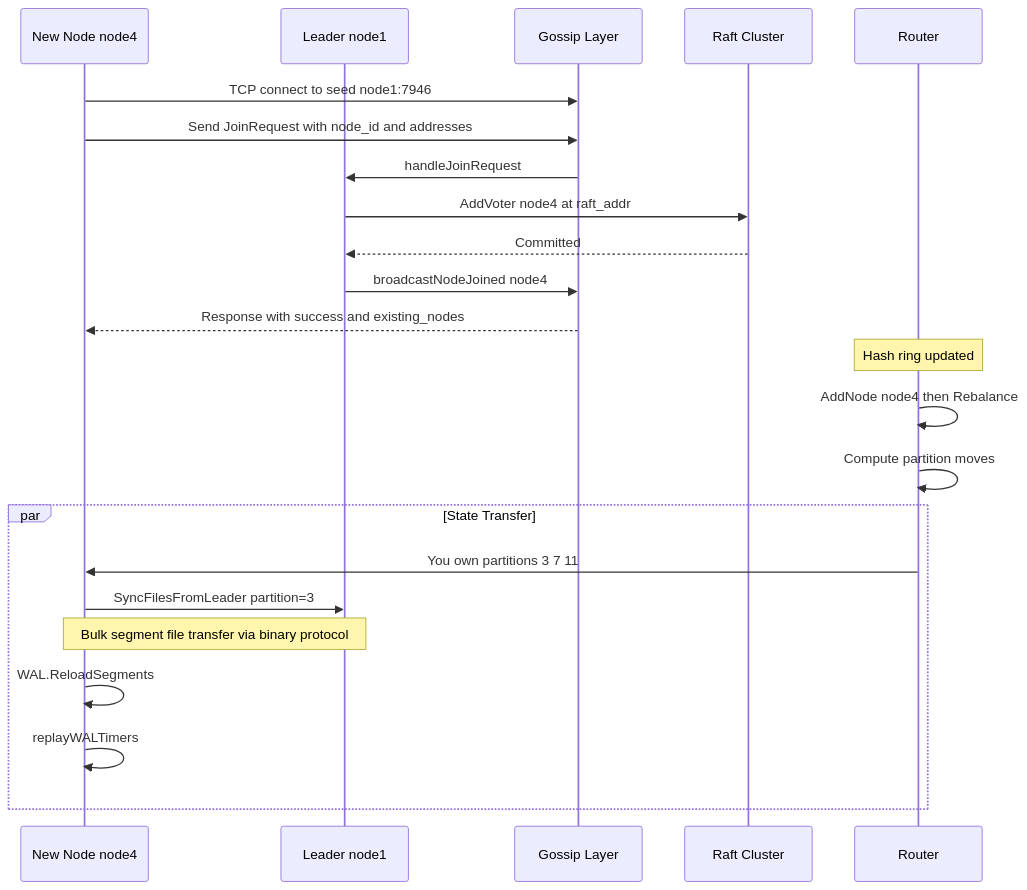
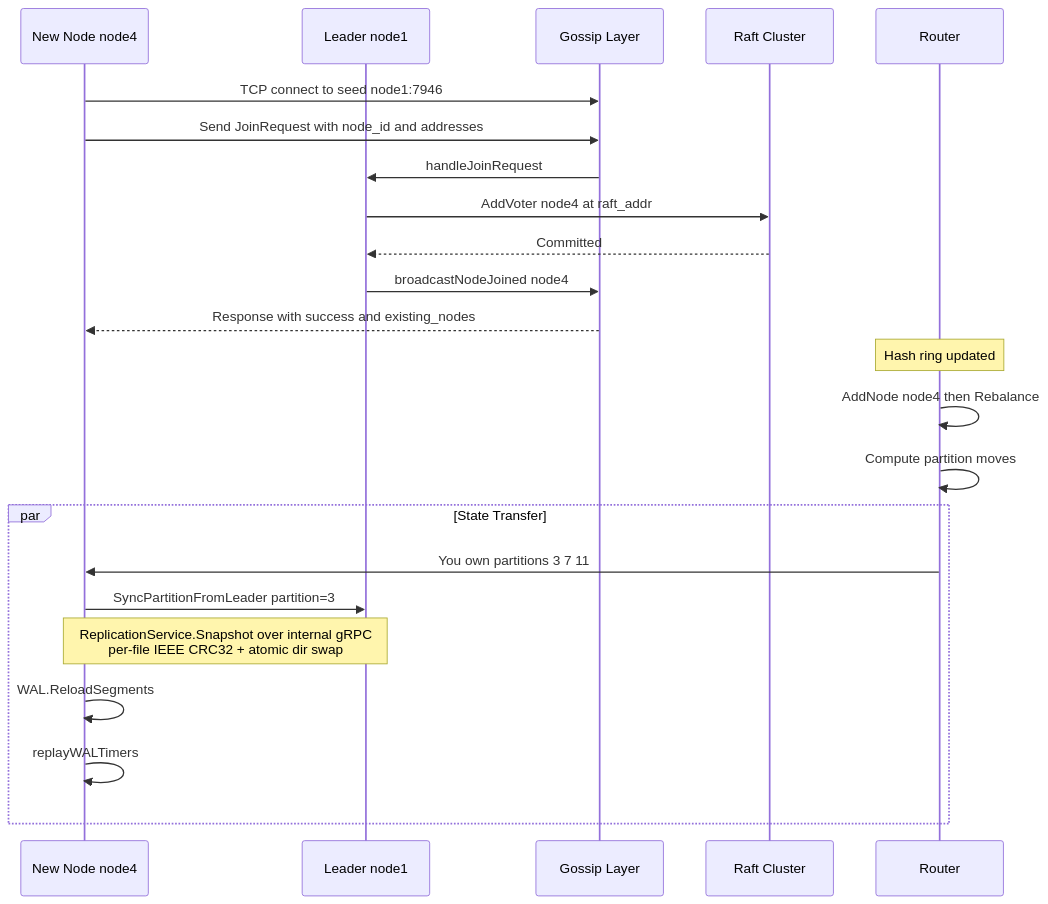
Before and after one commit to jatin711-debug/cronos_db_golang: diagram 32 of 46 in ARCHITECTURE.md, drawn with Mermaid. The commit also changed other lines of this file and 14 other files, not shown here.

````diff
--- a/ARCHITECTURE.md
+++ b/ARCHITECTURE.md
@@ -982,28 +986,28 @@
 ```mermaid
 sequenceDiagram
     participant N4 as New Node node4
     participant N1 as Leader node1
     participant GOSSIP as Gossip Layer
     participant RAFT as Raft Cluster
     participant ROUTER as Router
 
     N4->>GOSSIP: TCP connect to seed node1:7946
     N4->>GOSSIP: Send JoinRequest with node_id and addresses
     GOSSIP->>N1: handleJoinRequest
     N1->>RAFT: AddVoter node4 at raft_addr
     RAFT-->>N1: Committed
     N1->>GOSSIP: broadcastNodeJoined node4
     GOSSIP-->>N4: Response with success and existing_nodes
 
     Note over ROUTER: Hash ring updated
     ROUTER->>ROUTER: AddNode node4 then Rebalance
     ROUTER->>ROUTER: Compute partition moves
 
     par State Transfer
         ROUTER->>N4: You own partitions 3 7 11
-        N4->>N1: SyncFilesFromLeader partition=3
-        Note over N4,N1: Bulk segment file transfer via binary protocol
+        N4->>N1: SyncPartitionFromLeader partition=3
+        Note over N4,N1: ReplicationService.Snapshot over internal gRPC<br/>per-file IEEE CRC32 + atomic dir swap
         N4->>N4: WAL.ReloadSegments
         N4->>N4: replayWALTimers
     end
 ```
````
